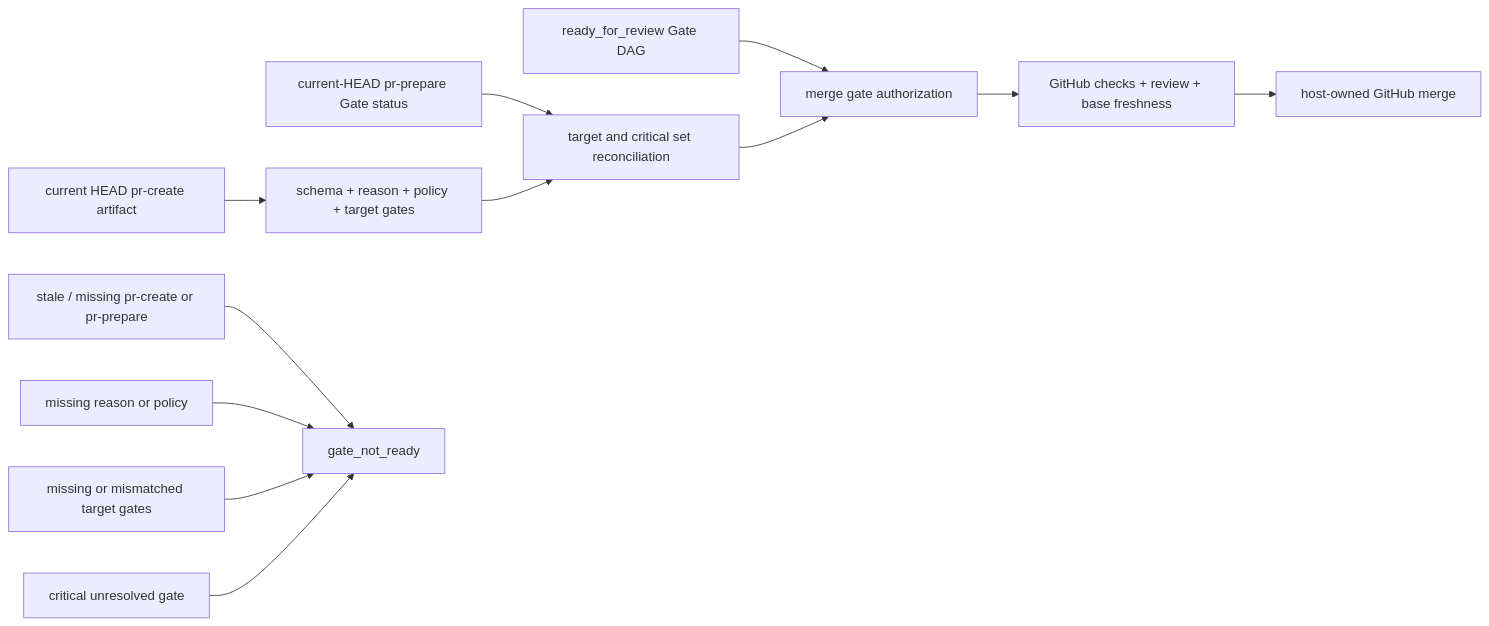
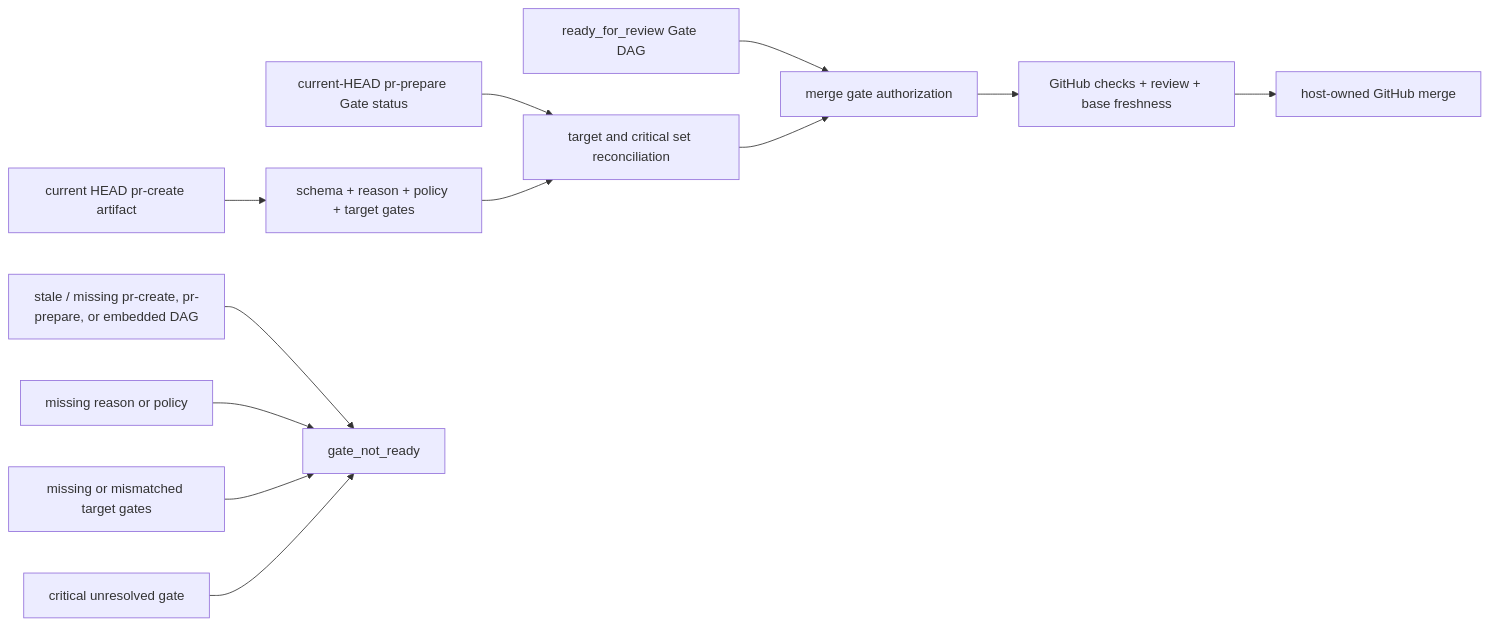
The diagram in docs/architecture/story-vibepro-merge-waiver-propagation.md (Unson-LLC/vibepro), drawn with Mermaid before and after one commit. The commit also changed other lines of this file and 5 other files, not shown here.

Commit message:
fix: reject missing embedded gate authority

````diff
--- a/docs/architecture/story-vibepro-merge-waiver-propagation.md
+++ b/docs/architecture/story-vibepro-merge-waiver-propagation.md
@@ -26,14 +26,14 @@
 ```mermaid
 flowchart LR
   Current["current HEAD pr-create artifact"] --> Validate["schema + reason + policy + target gates"]
   Status["current-HEAD pr-prepare Gate status"] --> Reconcile["target and critical set reconciliation"]
   Validate --> Reconcile
   Ready["ready_for_review Gate DAG"] --> Authorize["merge gate authorization"]
   Reconcile --> Authorize
-  Stale["stale / missing pr-create or pr-prepare"] --> Reject["gate_not_ready"]
+  Stale["stale / missing pr-create, pr-prepare, or embedded DAG"] --> Reject["gate_not_ready"]
   Malformed["missing reason or policy"] --> Reject
   Mismatch["missing or mismatched target gates"] --> Reject
   Critical["critical unresolved gate"] --> Reject
   Authorize --> Preconditions["GitHub checks + review + base freshness"]
   Preconditions --> Merge["host-owned GitHub merge"]
 ```
````
